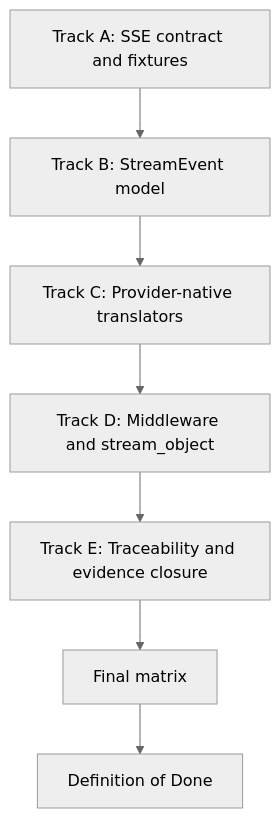
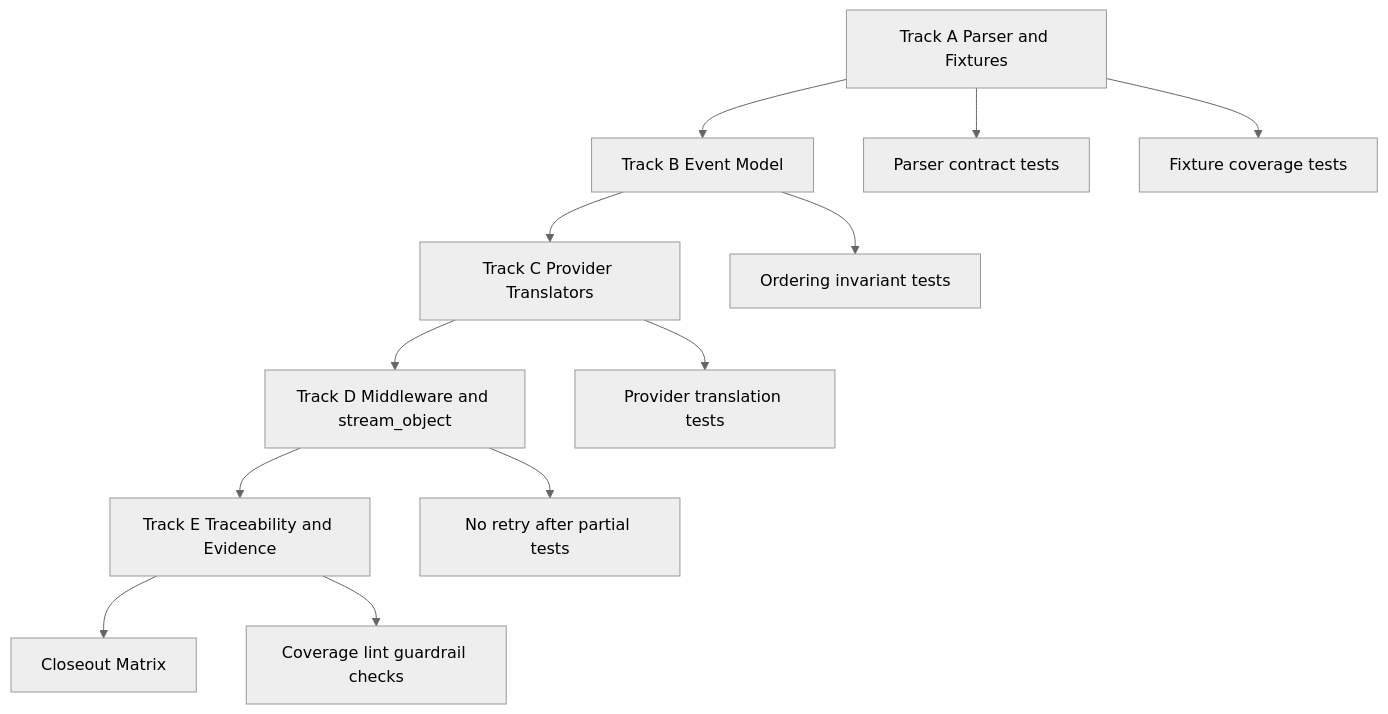
One commit to jaytaylor/attractor-tcl changed the third of 5 diagrams in docs/sprints/SPRINT-005-comprehensive-implementation-plan.md. Above: the diagram before and after it, drawn with Mermaid (neutral theme). The commit also changed other lines of this file, not shown here.

````diff
--- a/docs/sprints/SPRINT-005-comprehensive-implementation-plan.md
+++ b/docs/sprints/SPRINT-005-comprehensive-implementation-plan.md
@@ -926,9 +706,15 @@
 ```mermaid
 flowchart TD
-  A[Track A: SSE contract and fixtures] --> B[Track B: StreamEvent model]
-  B --> C[Track C: Provider-native translators]
-  C --> D[Track D: Middleware and stream_object]
-  D --> E[Track E: Traceability and evidence closure]
-  E --> F[Final matrix]
-  F --> G[Definition of Done]
+  A[Track A Parser and Fixtures] --> B[Track B Event Model]
+  B --> C[Track C Provider Translators]
+  C --> D[Track D Middleware and stream_object]
+  D --> E[Track E Traceability and Evidence]
+  E --> F[Closeout Matrix]
+
+  A --> A1[Parser contract tests]
+  A --> A2[Fixture coverage tests]
+  B --> B1[Ordering invariant tests]
+  C --> C1[Provider translation tests]
+  D --> D1[No retry after partial tests]
+  E --> E1[Coverage lint guardrail checks]
 ```
````
